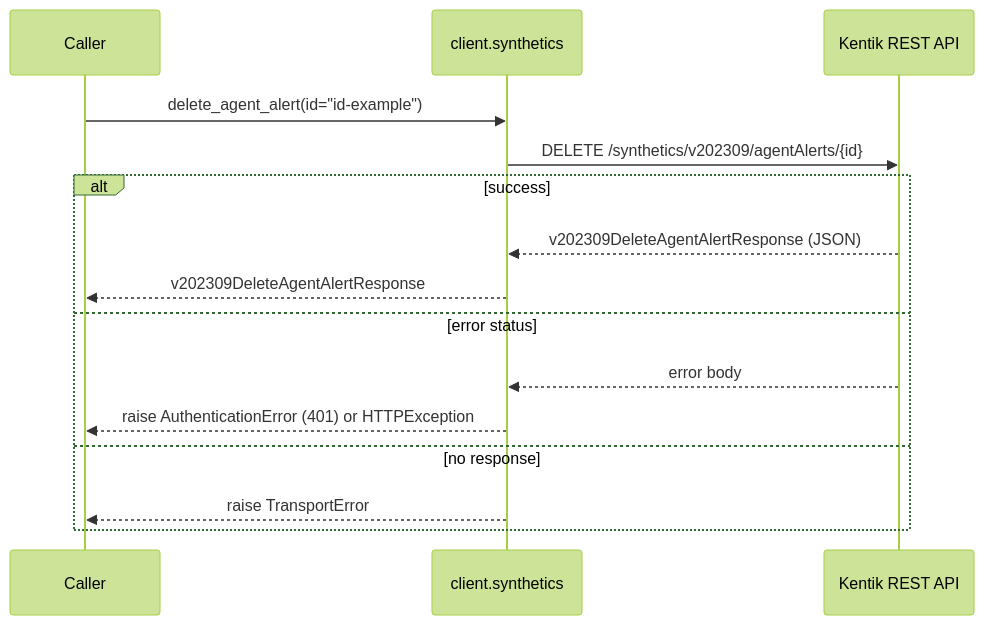
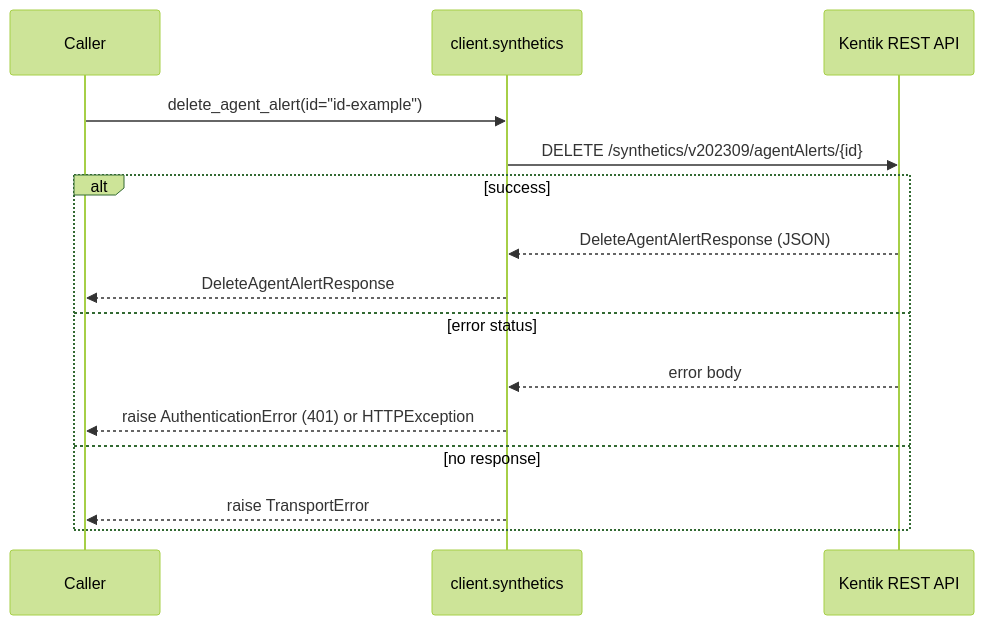
One commit to alexdearaujo/community_sdk_python changed the tenth of 38 diagrams in docs/sphinx/services/synthetics.md. Above: the diagram before and after it, drawn with Mermaid (forest theme). The commit also changed other lines of this file and 38 other files, not shown here.

````diff
--- a/docs/sphinx/services/synthetics.md
+++ b/docs/sphinx/services/synthetics.md
@@ -344,18 +344,18 @@
 ```mermaid
 sequenceDiagram
     participant C as Caller
     participant W as client.synthetics
     participant API as Kentik REST API
 
     C->>W: delete_agent_alert(id="id-example")
     W->>API: DELETE /synthetics/v202309/agentAlerts/{id}
     alt success
-        API-->>W: v202309DeleteAgentAlertResponse (JSON)
-        W-->>C: v202309DeleteAgentAlertResponse
+        API-->>W: DeleteAgentAlertResponse (JSON)
+        W-->>C: DeleteAgentAlertResponse
     else error status
         API-->>W: error body
         W-->>C: raise AuthenticationError (401) or HTTPException
     else no response
         W-->>C: raise TransportError
     end
 ```
````
